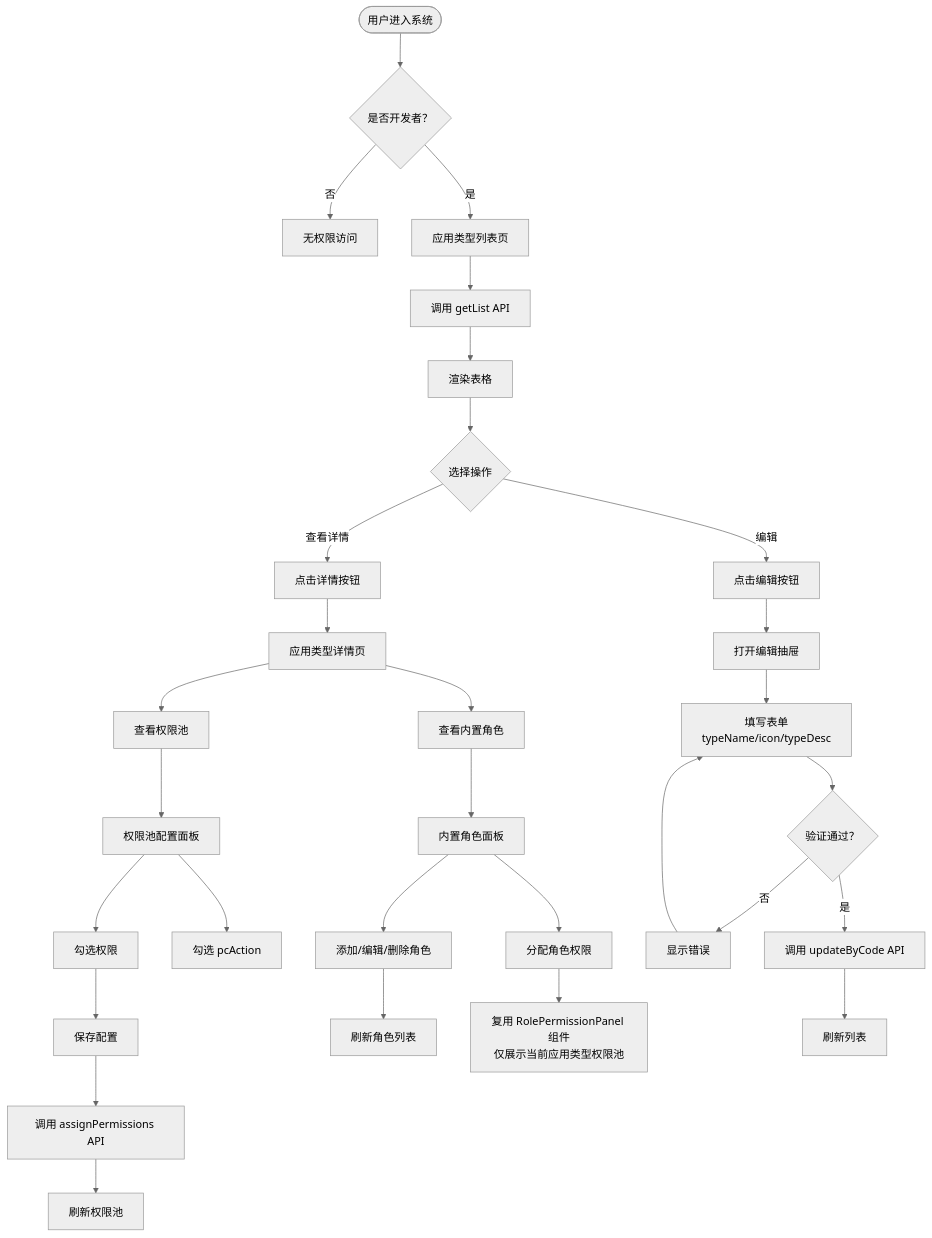
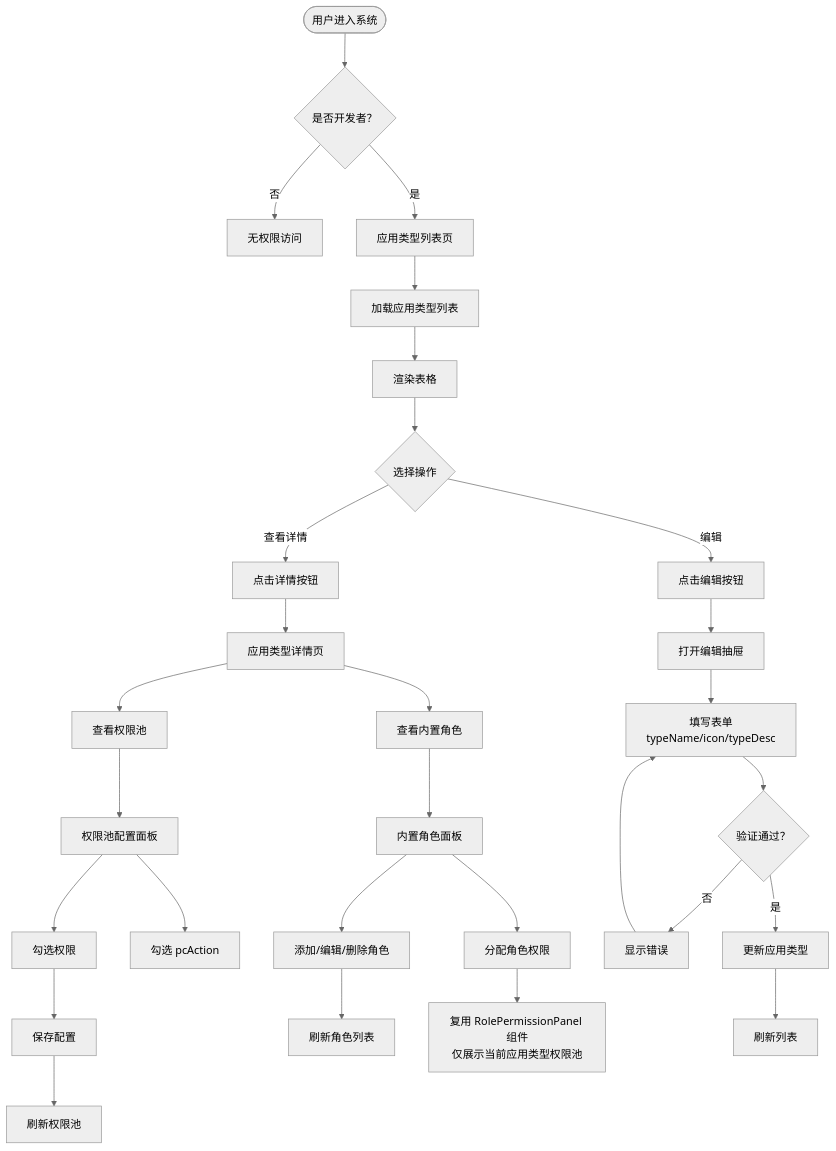
One commit to huyumo/moyan-mfw changed the diagram in docs/app-type-management.md. Above: the diagram before and after it, drawn with Mermaid (neutral theme). The commit also changed other lines of this file and 10 other files, not shown here.

````diff
--- a/docs/app-type-management.md
+++ b/docs/app-type-management.md
@@ -27,38 +24,37 @@
 ```mermaid
 flowchart TD
     Start([用户进入系统]) --> CheckDev{是否开发者？}
     CheckDev -->|否 | NoAccess[无权限访问]
     CheckDev -->|是 | AppTypeList[应用类型列表页]
 
-    AppTypeList --> LoadList[调用 getList API]
+    AppTypeList --> LoadList[加载应用类型列表]
     LoadList --> RenderList[渲染表格]
 
     RenderList --> Action{选择操作}
     Action -->|查看详情 | ViewDetail[点击详情按钮]
     Action -->|编辑 | EditType[点击编辑按钮]
 
     ViewDetail --> AppTypeDetail[应用类型详情页]
     AppTypeDetail --> ViewPool[查看权限池]
     AppTypeDetail --> ViewRoles[查看内置角色]
 
     ViewPool --> PermissionPoolPanel[权限池配置面板]
     PermissionPoolPanel --> SelectPermissions[勾选权限]
     PermissionPoolPanel --> SelectPcAction[勾选 pcAction]
     SelectPermissions --> SavePool[保存配置]
-    SavePool --> AssignPermissionsAPI[调用 assignPermissions API]
-    AssignPermissionsAPI --> RefreshPool[刷新权限池]
+    SavePool --> RefreshPool[刷新权限池]
 
     ViewRoles --> BuiltinRolesPanel[内置角色面板]
     BuiltinRolesPanel --> ManageRoles[添加/编辑/删除角色]
     BuiltinRolesPanel --> AssignRolePerm[分配角色权限]
     ManageRoles --> RefreshRoles[刷新角色列表]
     AssignRolePerm --> RolePermissionPanel[复用 RolePermissionPanel 组件<br/>仅展示当前应用类型权限池]
 
     EditType --> EditDrawer[打开编辑抽屉]
     EditDrawer --> FillForm[填写表单<br/>typeName/icon/typeDesc]
     FillForm --> Validate{验证通过？}
     Validate -->|否 | ShowError[显示错误]
-    Validate -->|是 | UpdateAPI[调用 updateByCode API]
-    UpdateAPI --> RefreshList[刷新列表]
+    Validate -->|是 | UpdateType[更新应用类型]
+    UpdateType --> RefreshList[刷新列表]
     ShowError --> FillForm
 ```
````
